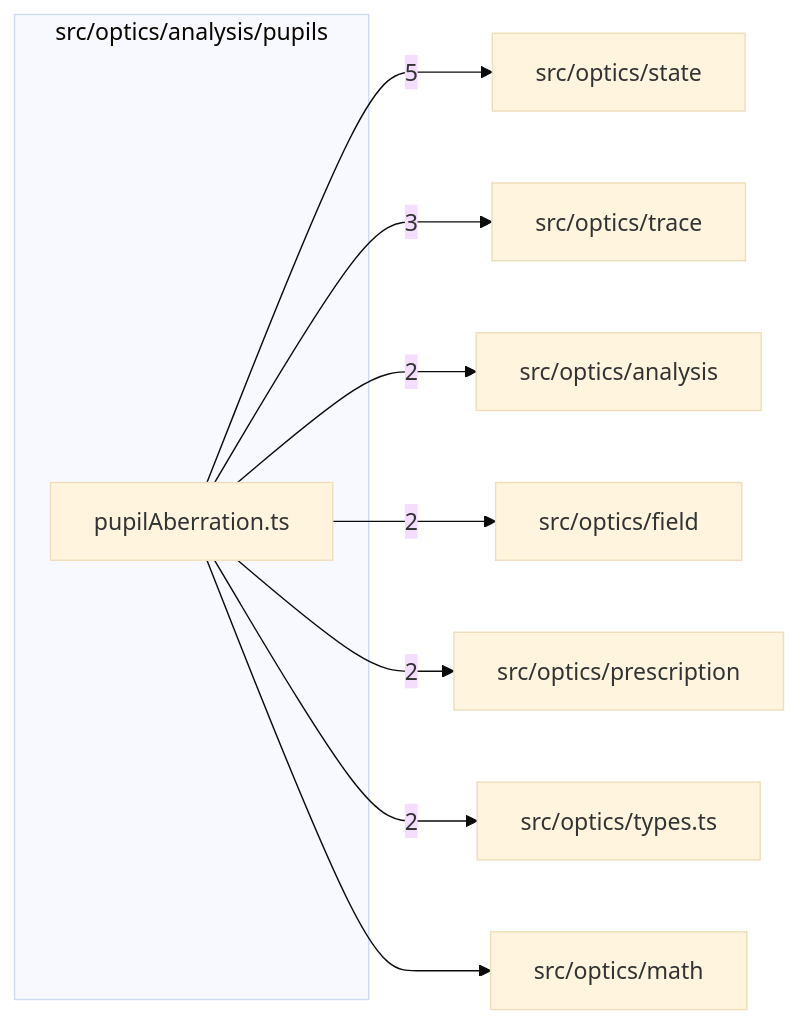
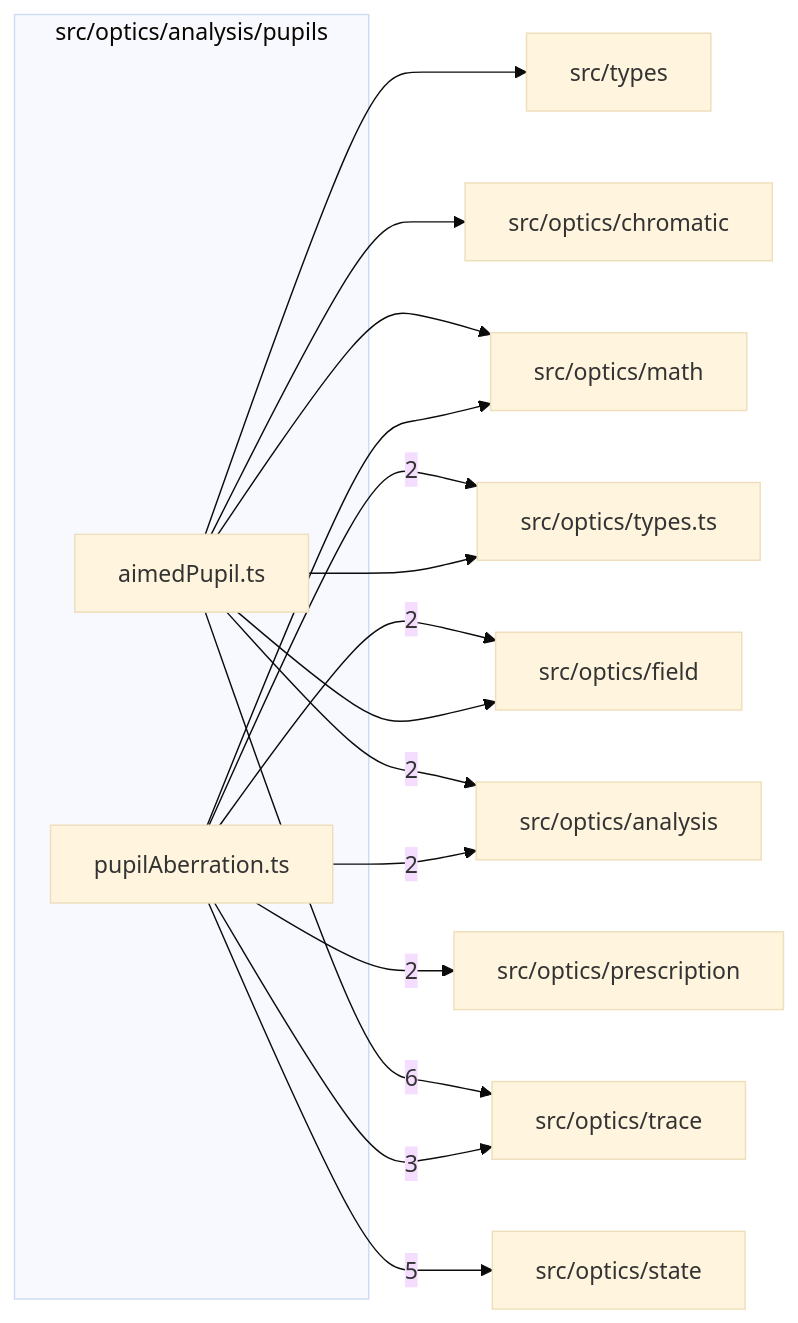
Before and after one commit to ronbuening/LensVisualizer: the diagram in src/optics/analysis/pupils/readme.md, drawn with Mermaid (base theme). The commit also changed other lines of this file and 37 other files, not shown here.

````diff
--- a/src/optics/analysis/pupils/readme.md
+++ b/src/optics/analysis/pupils/readme.md
@@ -9,20 +9,30 @@
 ```mermaid
 flowchart LR
   subgraph n_src_optics_analysis_pupils["src/optics/analysis/pupils"]
+    n_src_optics_analysis_pupils_src_optics_analysis_pupils_aimedPupil_ts["aimedPupil.ts"]
     n_src_optics_analysis_pupils_src_optics_analysis_pupils_pupilAberration_ts["pupilAberration.ts"]
   end
+  n_external_src_optics_trace["src/optics/trace"]
   n_external_src_optics_state["src/optics/state"]
-  n_external_src_optics_trace["src/optics/trace"]
   n_external_src_optics_analysis["src/optics/analysis"]
   n_external_src_optics_field["src/optics/field"]
   n_external_src_optics_prescription["src/optics/prescription"]
   n_external_src_optics_types_ts["src/optics/types.ts"]
+  n_external_src_optics_chromatic["src/optics/chromatic"]
   n_external_src_optics_math["src/optics/math"]
+  n_external_src_types["src/types"]
+  n_src_optics_analysis_pupils_src_optics_analysis_pupils_aimedPupil_ts --> |6| n_external_src_optics_trace
   n_src_optics_analysis_pupils_src_optics_analysis_pupils_pupilAberration_ts --> |5| n_external_src_optics_state
   n_src_optics_analysis_pupils_src_optics_analysis_pupils_pupilAberration_ts --> |3| n_external_src_optics_trace
+  n_src_optics_analysis_pupils_src_optics_analysis_pupils_aimedPupil_ts --> |2| n_external_src_optics_analysis
   n_src_optics_analysis_pupils_src_optics_analysis_pupils_pupilAberration_ts --> |2| n_external_src_optics_analysis
   n_src_optics_analysis_pupils_src_optics_analysis_pupils_pupilAberration_ts --> |2| n_external_src_optics_field
   n_src_optics_analysis_pupils_src_optics_analysis_pupils_pupilAberration_ts --> |2| n_external_src_optics_prescription
   n_src_optics_analysis_pupils_src_optics_analysis_pupils_pupilAberration_ts --> |2| n_external_src_optics_types_ts
+  n_src_optics_analysis_pupils_src_optics_analysis_pupils_aimedPupil_ts --> n_external_src_optics_chromatic
+  n_src_optics_analysis_pupils_src_optics_analysis_pupils_aimedPupil_ts --> n_external_src_optics_field
+  n_src_optics_analysis_pupils_src_optics_analysis_pupils_aimedPupil_ts --> n_external_src_optics_math
   n_src_optics_analysis_pupils_src_optics_analysis_pupils_pupilAberration_ts --> n_external_src_optics_math
+  n_src_optics_analysis_pupils_src_optics_analysis_pupils_aimedPupil_ts --> n_external_src_optics_types_ts
+  n_src_optics_analysis_pupils_src_optics_analysis_pupils_aimedPupil_ts --> n_external_src_types
 ```
````
